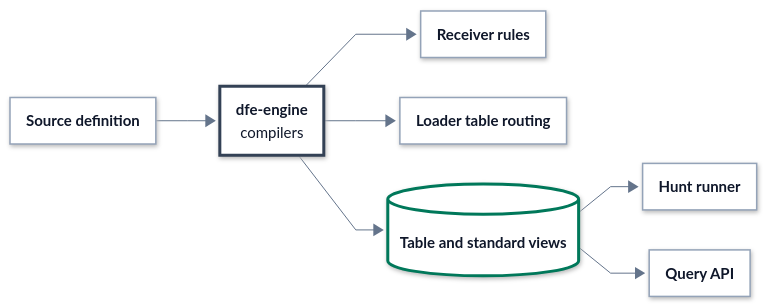
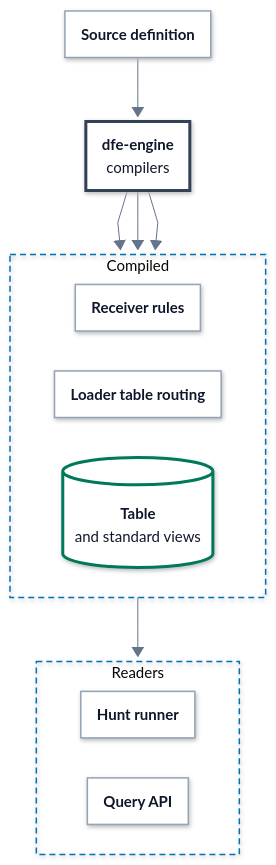
Before and after one commit to hyperi-io/dfe-engine: the diagram in docs/data-plane/README.md, drawn with Mermaid. The commit also changed other lines of this file and 32 other files, not shown here.

First line of the commit message:
docs(architecture): engine page to the standard, diagrams to 860 px (#1209)

````diff
--- a/docs/data-plane/README.md
+++ b/docs/data-plane/README.md
@@ -54,7 +54,7 @@
     .ui .label-icon{color:#D9480F}
     .ext .label-icon{color:#64748B}
 ---
-flowchart LR
+flowchart TB
   accTitle: L4 Detail -- What a source definition compiles into
   accDescr: The engine compiles one source definition into the receiver's routing rules, the loader's table routing and the table with its standard views. The hunt runner and the query API read the table and its views.
 
@@ -62,19 +62,27 @@
 
   engine["<b>dfe-engine</b><br/><span>compilers</span>"]
 
-  receiver["<b>Receiver rules</b>"]
-  loader["<b>Loader table routing</b>"]
-  views[("<b>Table and standard views</b>")]
+  subgraph compiled["Compiled"]
+    direction LR
+    receiver["<b>Receiver rules</b>"]
+    loader["<b>Loader table routing</b>"]
+    views[("<b>Table</b><br/><span>and standard views</span>")]
+  end
 
-  hunts["<b>Hunt runner</b>"]
-  query["<b>Query API</b>"]
+  subgraph readers["Readers"]
+    direction LR
+    hunts["<b>Hunt runner</b>"]
+    query["<b>Query API</b>"]
+  end
 
   source --> engine
   engine --> receiver
   engine --> loader
   engine --> views
-  views --> hunts
-  views --> query
+  views --> readers
+  class views store
+  class engine control
+  class source,receiver,loader,hunts,query part
   classDef ext fill:#F4F6F8,stroke:#94A3B8,stroke-width:1.5px,stroke-dasharray:5 4,color:#0F172A
   classDef ingest fill:#FFFFFF,stroke:#0E8A7D,stroke-width:3px,color:#0F172A
   classDef xform fill:#FFFFFF,stroke:#7B4FB0,stroke-width:3px,color:#0F172A
@@ -86,7 +94,6 @@
   classDef error fill:#FFFFFF,stroke:#C2410C,stroke-width:3px,color:#0F172A
   classDef control fill:#FFFFFF,stroke:#334155,stroke-width:3px,color:#0F172A
   classDef part fill:#FFFFFF,stroke:#94A3B8,stroke-width:1.5px,color:#0F172A
-  class views store
-  class engine control
-  class source,receiver,loader,hunts,query part
+  style compiled fill:none,stroke:#0072B2,stroke-width:1.5px,stroke-dasharray:6 4
+  style readers fill:none,stroke:#0072B2,stroke-width:1.5px,stroke-dasharray:6 4
 ```
````
